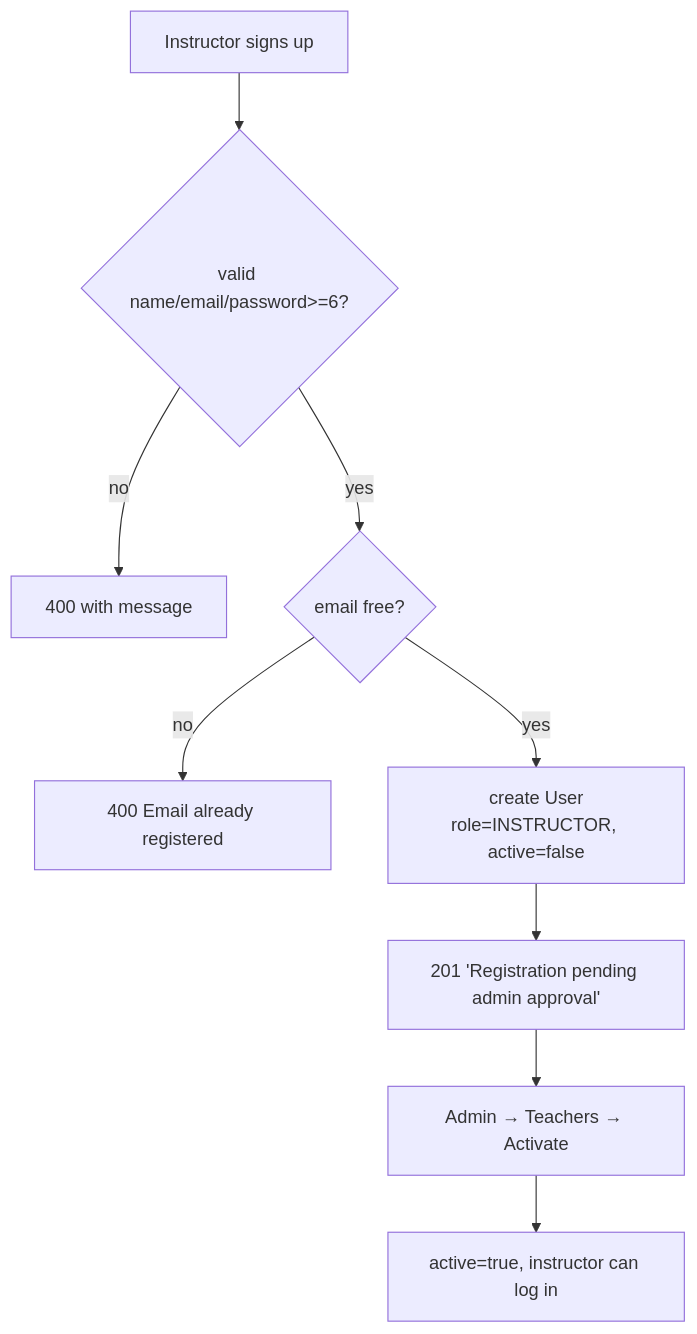
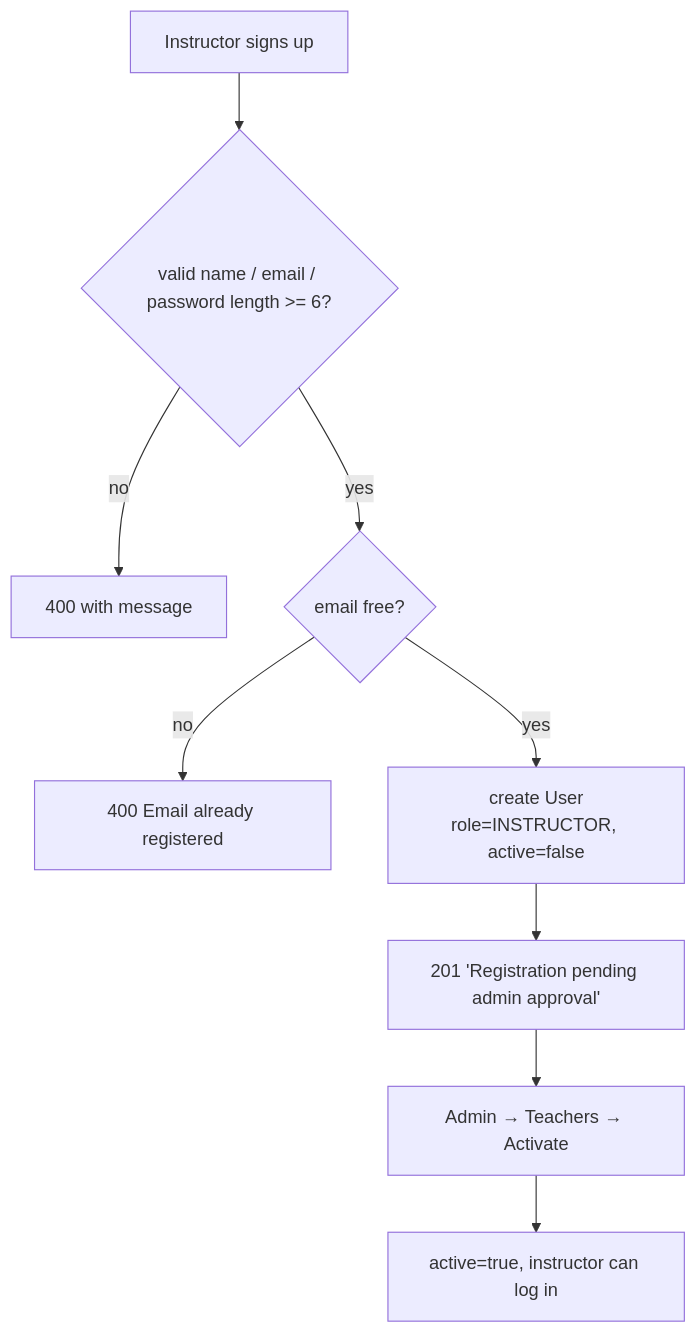
One commit to RohitDhobi/AI-Smart-LMS-Project- changed the second of 13 diagrams in WORKFLOWS.md. Above: the diagram before and after it, drawn with Mermaid. The commit also changed other lines of this file, not shown here.

Commit message:
Auto-commit: 02-10-2026 20:21:51.09 (1 file changed, 2 insertions(+), 2 deletions(-))

````diff
--- a/WORKFLOWS.md
+++ b/WORKFLOWS.md
@@ -71,11 +71,11 @@
 ```mermaid
 flowchart TD
-    A[Instructor signs up] --> B{valid name/email/password>=6?}
+    A[Instructor signs up] --> B{"valid name / email / password length >= 6?"}
     B -->|no| C[400 with message]
     B -->|yes| D{email free?}
     D -->|no| E[400 Email already registered]
     D -->|yes| F["create User<br/>role=INSTRUCTOR, active=false"]
     F --> G[201 'Registration pending admin approval']
     G --> H[Admin → Teachers → Activate]
     H --> I[active=true, instructor can log in]
 ```
````
